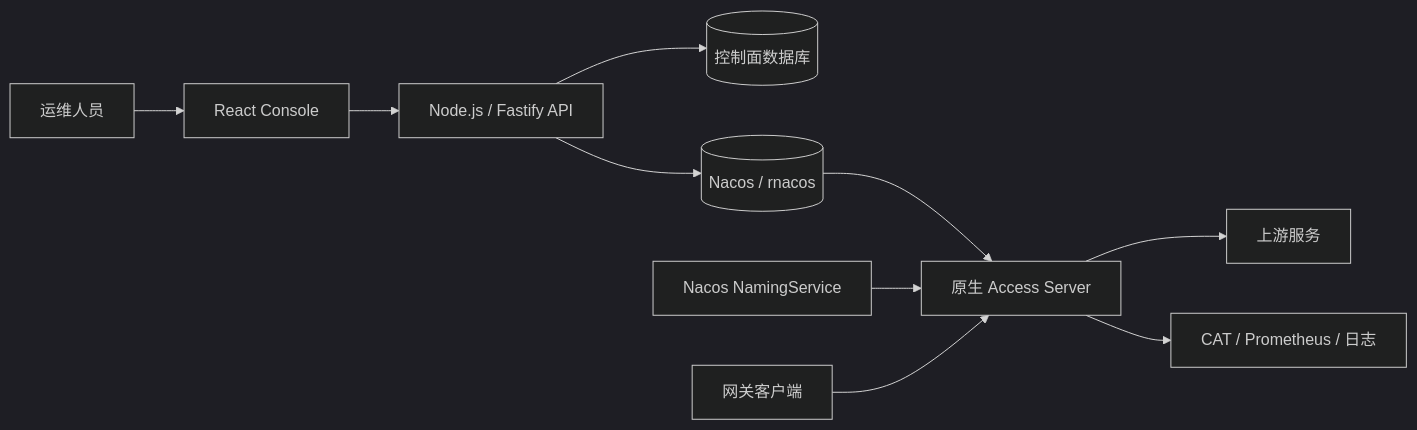
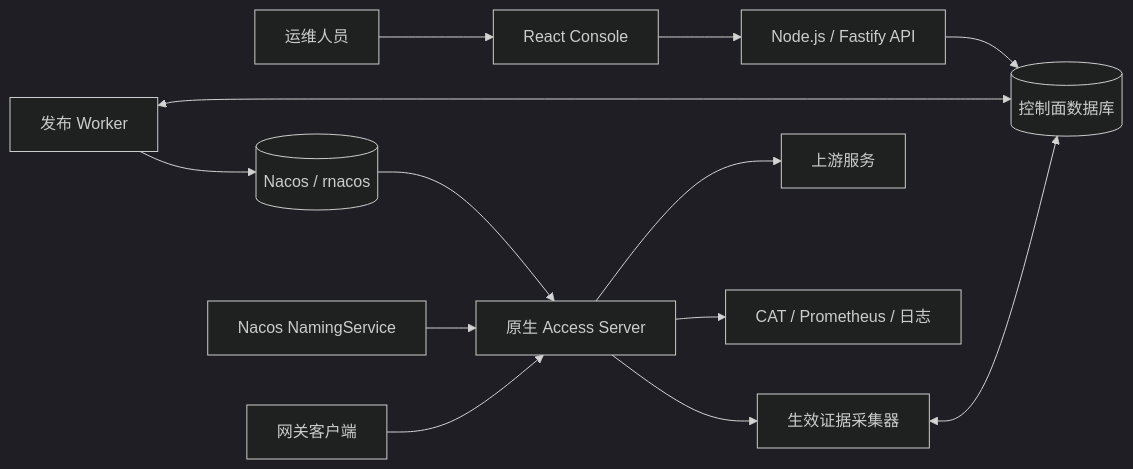
Before and after one commit to fiber-net-gateway/access-gateway: the diagram in README.zh-CN.md, drawn with Mermaid (dark theme). The commit also changed other lines of this file and 92 other files, not shown here.

````diff
--- a/README.zh-CN.md
+++ b/README.zh-CN.md
@@ -34,12 +34,15 @@
 ```mermaid
 flowchart LR
     User[运维人员] --> Web[React Console]
     Web --> API[Node.js / Fastify API]
     API --> DB[(控制面数据库)]
-    API --> Nacos[(Nacos / rnacos)]
+    Worker[发布 Worker] <--> DB
+    Collector[生效证据采集器] <--> DB
+    Worker --> Nacos[(Nacos / rnacos)]
     Nacos --> Access[原生 Access Server]
+    Access --> Collector
     Discovery[Nacos NamingService] --> Access
     Client[网关客户端] --> Access
     Access --> Upstream[上游服务]
     Access --> Obs[CAT / Prometheus / 日志]
 ```
````
